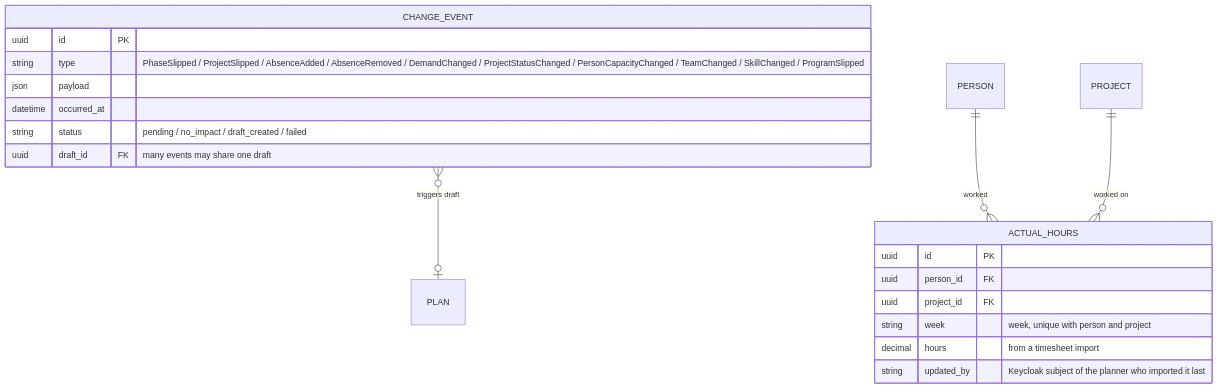
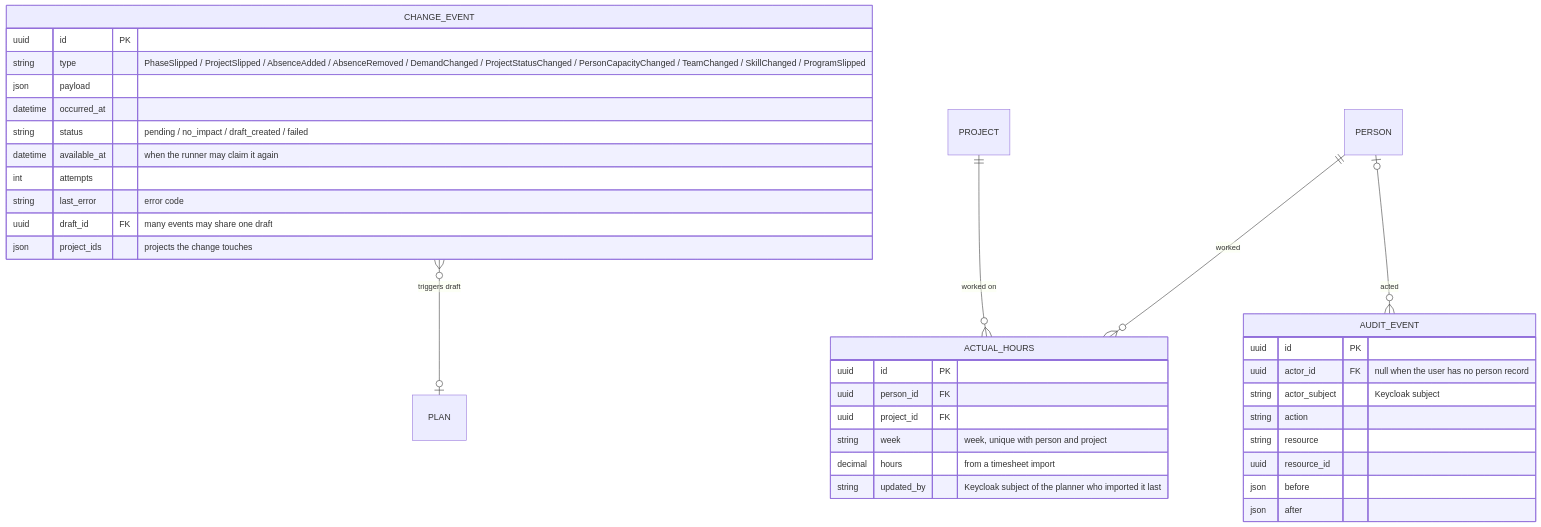
The eighth of 14 diagrams in README.md (dophnamm/the-slot-finder), drawn with Mermaid before and after one commit. The commit also changed other lines of this file and 1 other file, not shown here.

Commit message:
docs: correct the architecture README and diagrams

````diff
--- a/README.md
+++ b/README.md
@@ -405,23 +410,39 @@
 ```mermaid
 erDiagram
   CHANGE_EVENT }o--o| PLAN : "triggers draft"
   PERSON ||--o{ ACTUAL_HOURS : worked
   PROJECT ||--o{ ACTUAL_HOURS : "worked on"
+  PERSON |o--o{ AUDIT_EVENT : "acted"
+
+  AUDIT_EVENT {
+    uuid id PK
+    uuid actor_id FK "null when the user has no person record"
+    string actor_subject "Keycloak subject"
+    string action
+    string resource
+    uuid resource_id
+    json before
+    json after
+  }
 
   CHANGE_EVENT {
     uuid id PK
     string type "PhaseSlipped / ProjectSlipped / AbsenceAdded / AbsenceRemoved / DemandChanged / ProjectStatusChanged / PersonCapacityChanged / TeamChanged / SkillChanged / ProgramSlipped"
     json payload
     datetime occurred_at
     string status "pending / no_impact / draft_created / failed"
+    datetime available_at "when the runner may claim it again"
+    int attempts
+    string last_error "error code"
     uuid draft_id FK "many events may share one draft"
+    json project_ids "projects the change touches"
   }
   ACTUAL_HOURS {
     uuid id PK
     uuid person_id FK
     uuid project_id FK
     string week "week, unique with person and project"
     decimal hours "from a timesheet import"
     string updated_by "Keycloak subject of the planner who imported it last"
   }
 ```
````
